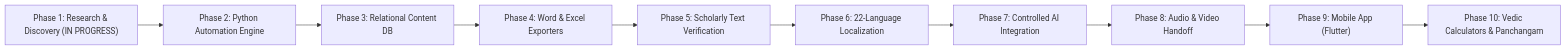
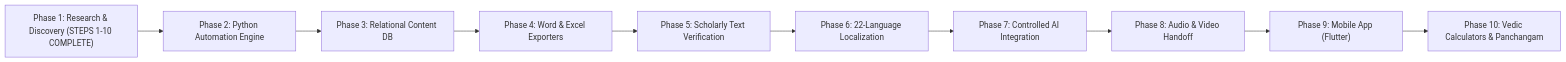
Before and after one commit to thegr8gv1/vedam: the second of 2 diagrams in documentation/project_roadmap/MASTER_PLAN.md, drawn with Mermaid. The commit also changed other lines of this file and 24 other files, not shown here.

Commit message:
Implement Phase 1 Steps 5-8: Modular architecture, SQLAlchemy models, Pydantic schemas, Rights & Provenance engine, exporters, pilot seeding, and automated test suite

````diff
--- a/documentation/project_roadmap/MASTER_PLAN.md
+++ b/documentation/project_roadmap/MASTER_PLAN.md
@@ -60,12 +63,12 @@
 ```mermaid
 flowchart LR
-    P1["Phase 1: Research & Discovery (IN PROGRESS)"] --> P2["Phase 2: Python Automation Engine"]
+    P1["Phase 1: Research & Discovery (STEPS 1-10 COMPLETE)"] --> P2["Phase 2: Python Automation Engine"]
     P2 --> P3["Phase 3: Relational Content DB"]
     P3 --> P4["Phase 4: Word & Excel Exporters"]
     P4 --> P5["Phase 5: Scholarly Text Verification"]
     P5 --> P6["Phase 6: 22-Language Localization"]
     P6 --> P7["Phase 7: Controlled AI Integration"]
     P7 --> P8["Phase 8: Audio & Video Handoff"]
     P8 --> P9["Phase 9: Mobile App (Flutter)"]
     P9 --> P10["Phase 10: Vedic Calculators & Panchangam"]
 ```
````
